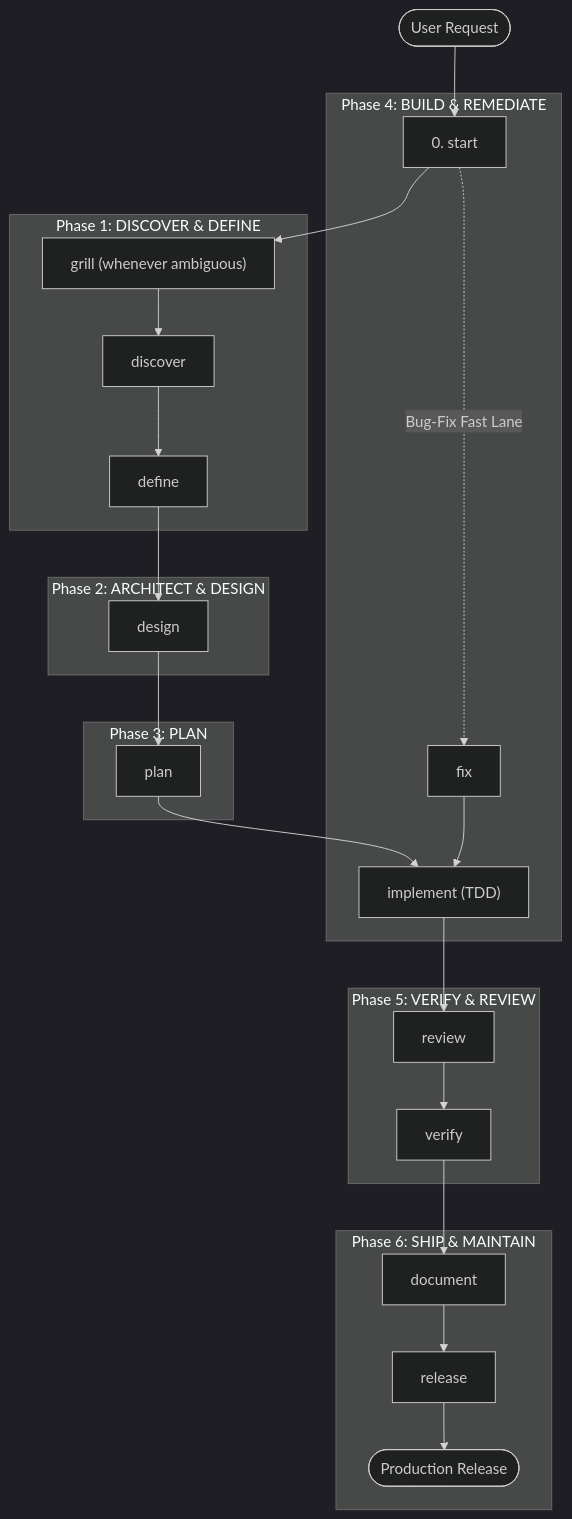
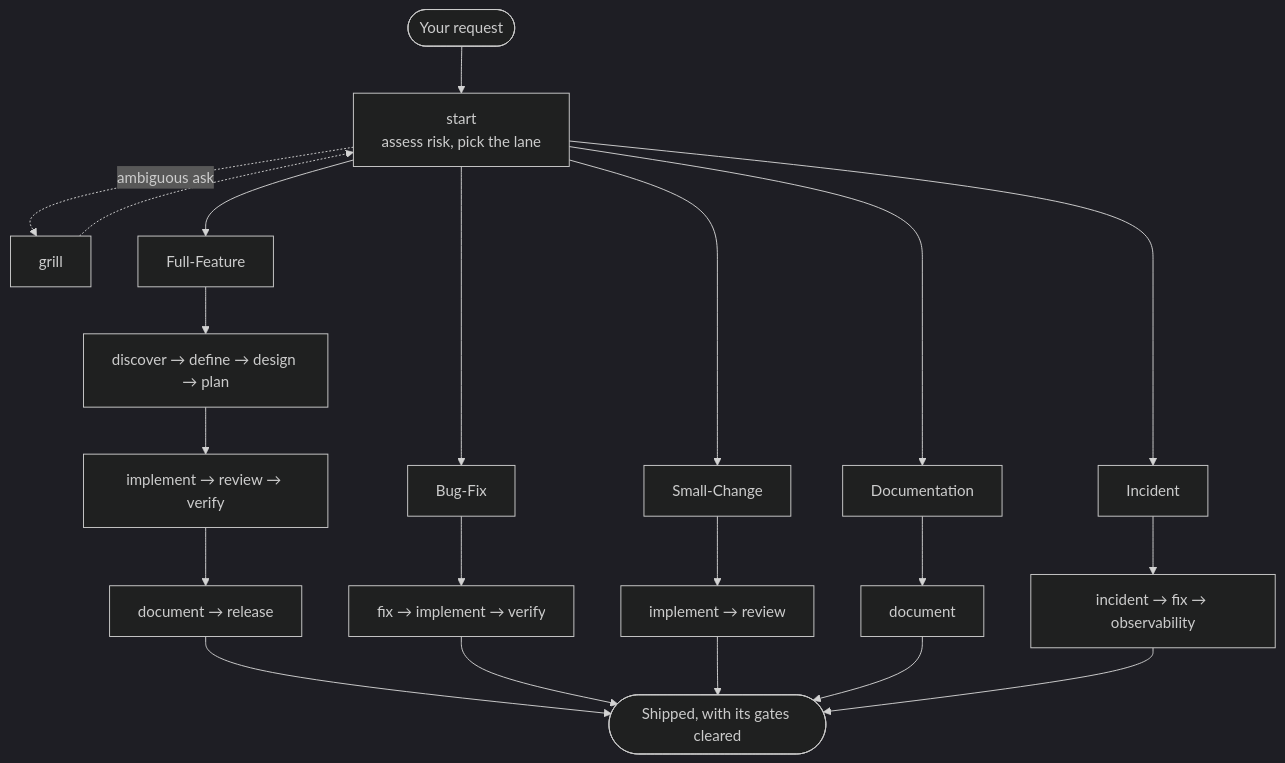
Before and after one commit to coderbuzz/agent-toolkit: the diagram in README.md, drawn with Mermaid (dark theme). The commit also changed other lines of this file and 3 other files, not shown here.

````diff
--- a/README.md
+++ b/README.md
@@ -184,35 +118,27 @@
 ```mermaid
 flowchart TD
-    Start([User Request]) --> Router["0. start"]
-    Router --> Grill["grill (whenever ambiguous)"]
+    Req([Your request]) --> Start["start<br/>assess risk, pick the lane"]
+    Start -.->|ambiguous ask| Grill["grill"]
+    Grill -.-> Start
 
-    subgraph Phase 1: DISCOVER & DEFINE
-        Grill --> Discover["discover"]
-        Discover --> Define["define"]
-    end
+    Start --> FF["Full-Feature"]
+    Start --> BF["Bug-Fix"]
+    Start --> SC["Small-Change"]
+    Start --> DC["Documentation"]
+    Start --> IN["Incident"]
 
-    subgraph Phase 2: ARCHITECT & DESIGN
-        Define --> Design["design"]
-    end
+    FF --> FFa["discover → define → design → plan"]
+    FFa --> FFb["implement → review → verify"]
+    FFb --> FFc["document → release"]
 
-    subgraph Phase 3: PLAN
-        Design --> Plan["plan"]
-    end
+    BF --> BFa["fix → implement → verify"]
+    SC --> SCa["implement → review"]
+    DC --> DCa["document"]
+    IN --> INa["incident → fix → observability"]
 
-    subgraph Phase 4: BUILD & REMEDIATE
-        Plan --> Implement["implement (TDD)"]
-        Router -. Bug-Fix Fast Lane .-> Fix["fix"]
-        Fix --> Implement
-    end
-
-    subgraph Phase 5: VERIFY & REVIEW
-        Implement --> Review["review"]
-        Review --> Verify["verify"]
-    end
-
-    subgraph Phase 6: SHIP & MAINTAIN
-        Verify --> Document["document"]
-        Document --> Release["release"]
-        Release --> Done([Production Release])
-    end
+    FFc --> Done([Shipped, with its gates cleared])
+    BFa --> Done
+    SCa --> Done
+    DCa --> Done
+    INa --> Done
 ```
````
